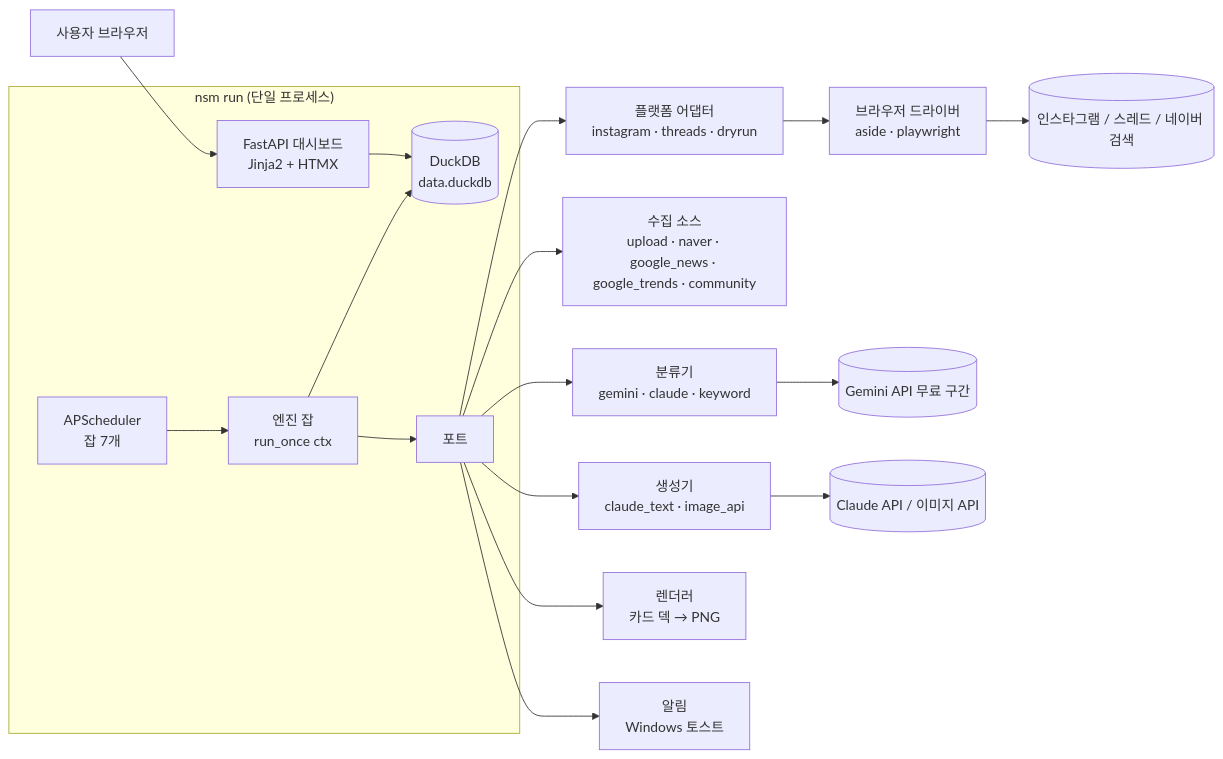
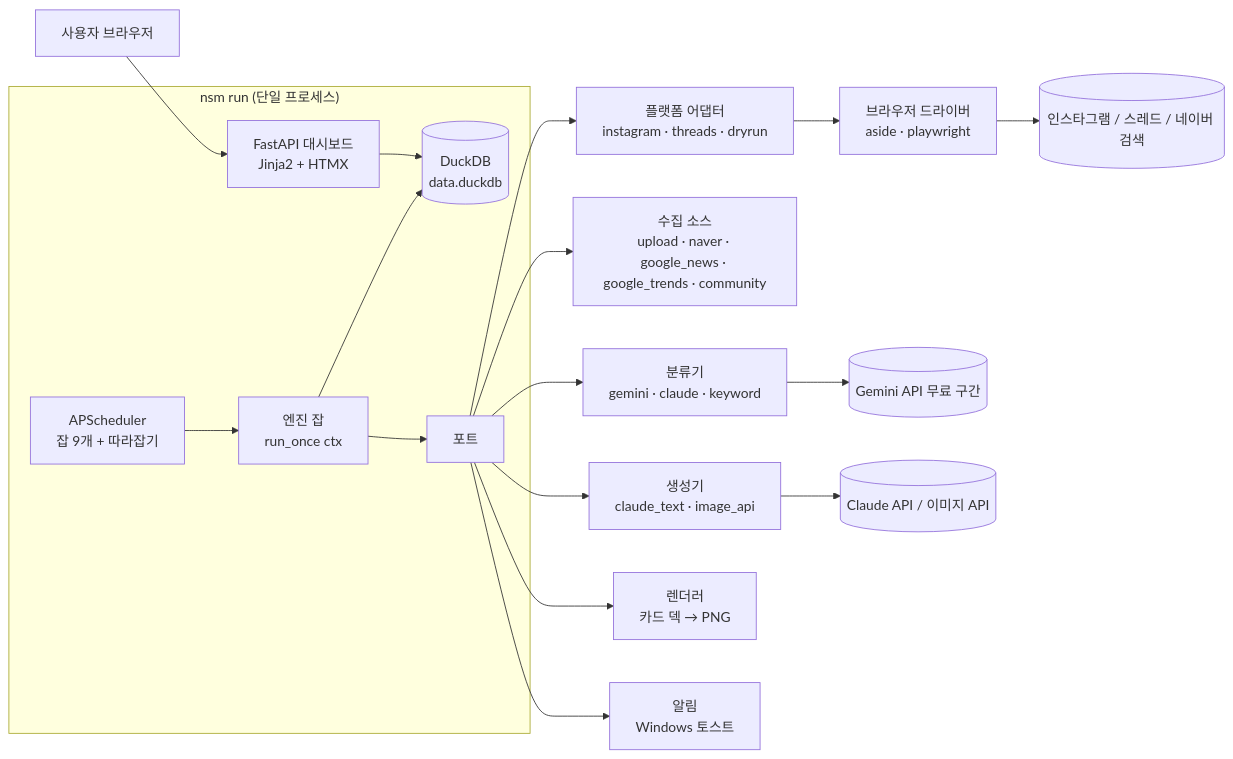
One commit to idktomorrow/non-sleep-marketer changed the first of 3 diagrams in docs/architecture.md. Above: the diagram before and after it, drawn with Mermaid. The commit also changed other lines of this file and 3 other files, not shown here.

````diff
--- a/docs/architecture.md
+++ b/docs/architecture.md
@@ -9,20 +9,20 @@
 ```mermaid
 flowchart LR
   subgraph P["nsm run (단일 프로세스)"]
-    S[APScheduler<br/>잡 7개] --> E[엔진 잡<br/>run_once ctx]
+    S[APScheduler<br/>잡 9개 + 따라잡기] --> E[엔진 잡<br/>run_once ctx]
     W[FastAPI 대시보드<br/>Jinja2 + HTMX] --> R[(DuckDB<br/>data.duckdb)]
     E --> R
     E --> PT[포트]
   end
   PT --> PA[플랫폼 어댑터<br/>instagram · threads · dryrun]
   PT --> SRC[수집 소스<br/>upload · naver · google_news · google_trends · community]
   PT --> CL[분류기<br/>gemini · claude · keyword]
   PT --> GEN[생성기<br/>claude_text · image_api]
   PT --> RD[렌더러<br/>카드 덱 → PNG]
   PT --> NT[알림<br/>Windows 토스트]
   PA --> DRV[브라우저 드라이버<br/>aside · playwright]
   DRV --> Web[(인스타그램 / 스레드 / 네이버 검색)]
   CL --> GM[(Gemini API 무료 구간)]
   GEN --> API[(Claude API / 이미지 API)]
   U[사용자 브라우저] --> W
 ```
````
